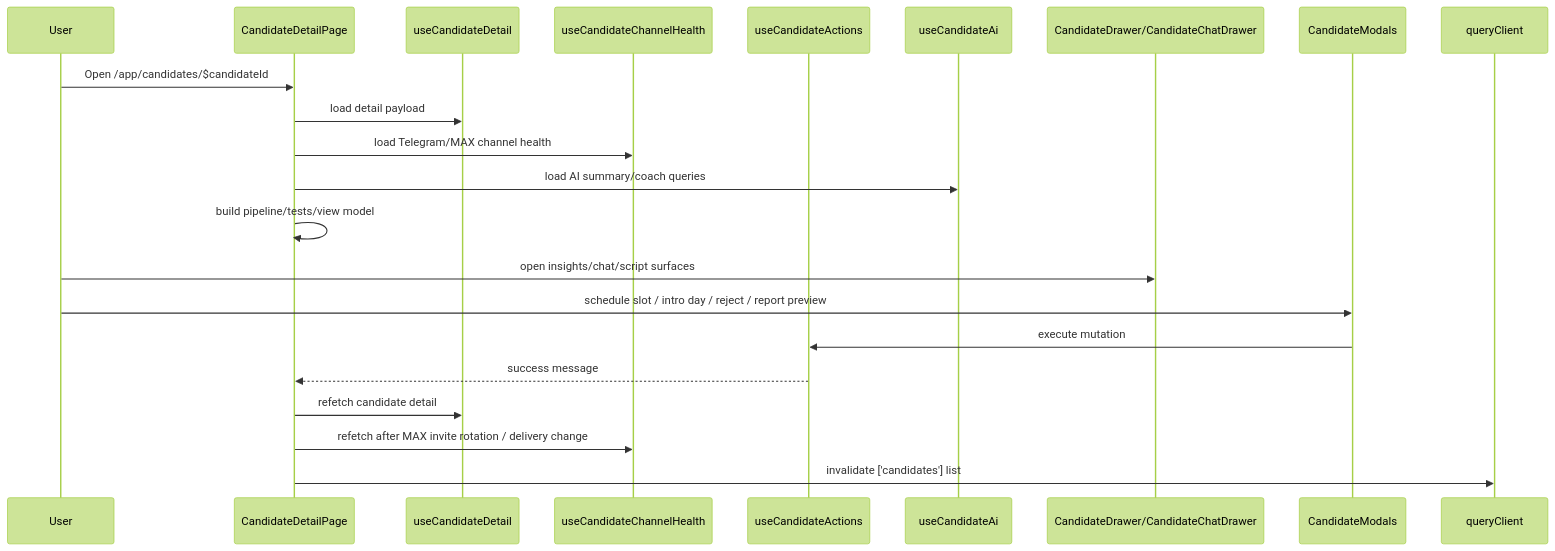
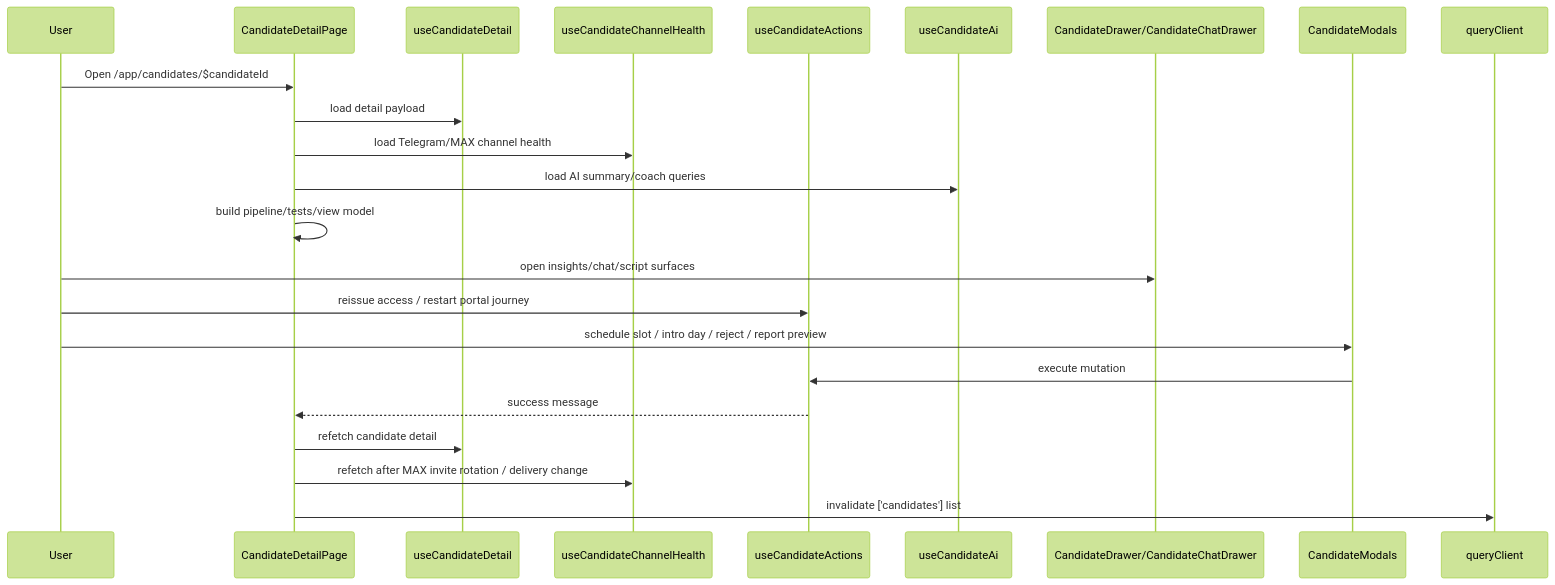
One commit to padka/HR changed the second of 6 diagrams in docs/frontend/state-flows.md. Above: the diagram before and after it, drawn with Mermaid (forest theme). The commit also changed other lines of this file and 28 other files, not shown here.

````diff
--- a/docs/frontend/state-flows.md
+++ b/docs/frontend/state-flows.md
@@ -67,25 +67,26 @@
 ```mermaid
 sequenceDiagram
   participant User
   participant Page as CandidateDetailPage
   participant DetailQ as useCandidateDetail
   participant ChannelQ as useCandidateChannelHealth
   participant Actions as useCandidateActions
   participant AI as useCandidateAi
   participant Drawer as CandidateDrawer/CandidateChatDrawer
   participant Modal as CandidateModals
   participant Query as queryClient
 
   User->>Page: Open /app/candidates/$candidateId
   Page->>DetailQ: load detail payload
   Page->>ChannelQ: load Telegram/MAX channel health
   Page->>AI: load AI summary/coach queries
   Page->>Page: build pipeline/tests/view model
   User->>Drawer: open insights/chat/script surfaces
+  User->>Actions: reissue access / restart portal journey
   User->>Modal: schedule slot / intro day / reject / report preview
   Modal->>Actions: execute mutation
   Actions-->>Page: success message
   Page->>DetailQ: refetch candidate detail
   Page->>ChannelQ: refetch after MAX invite rotation / delivery change
   Page->>Query: invalidate ['candidates'] list
 ```
````
